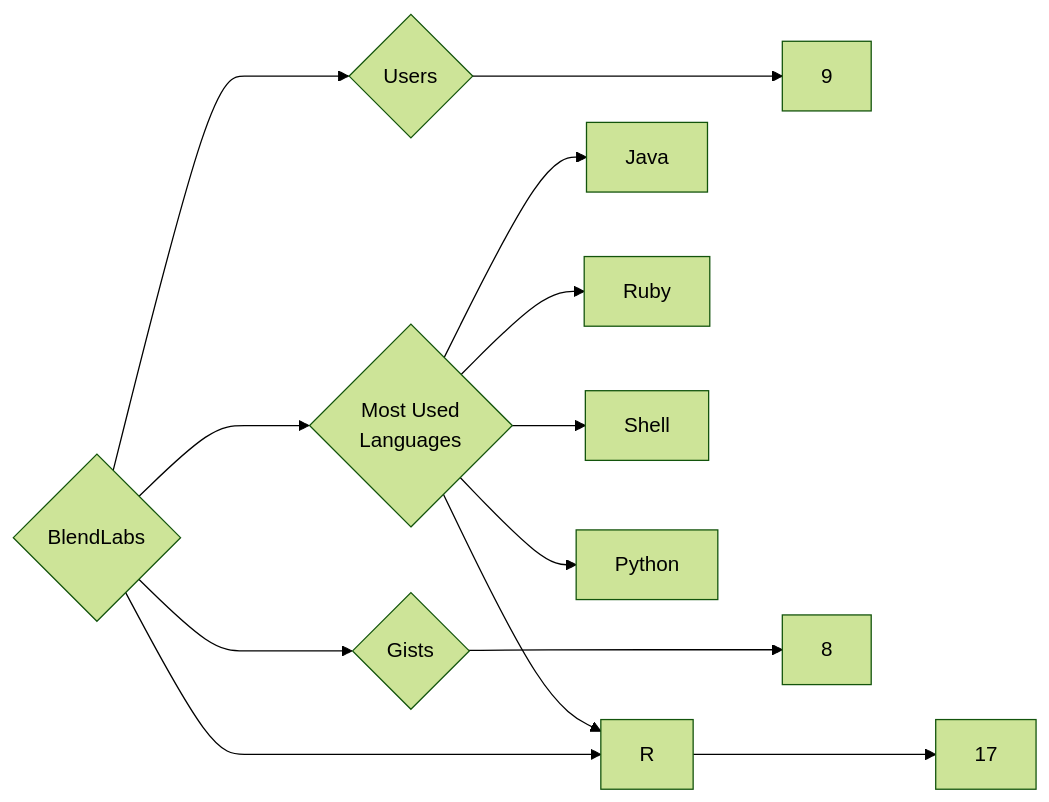
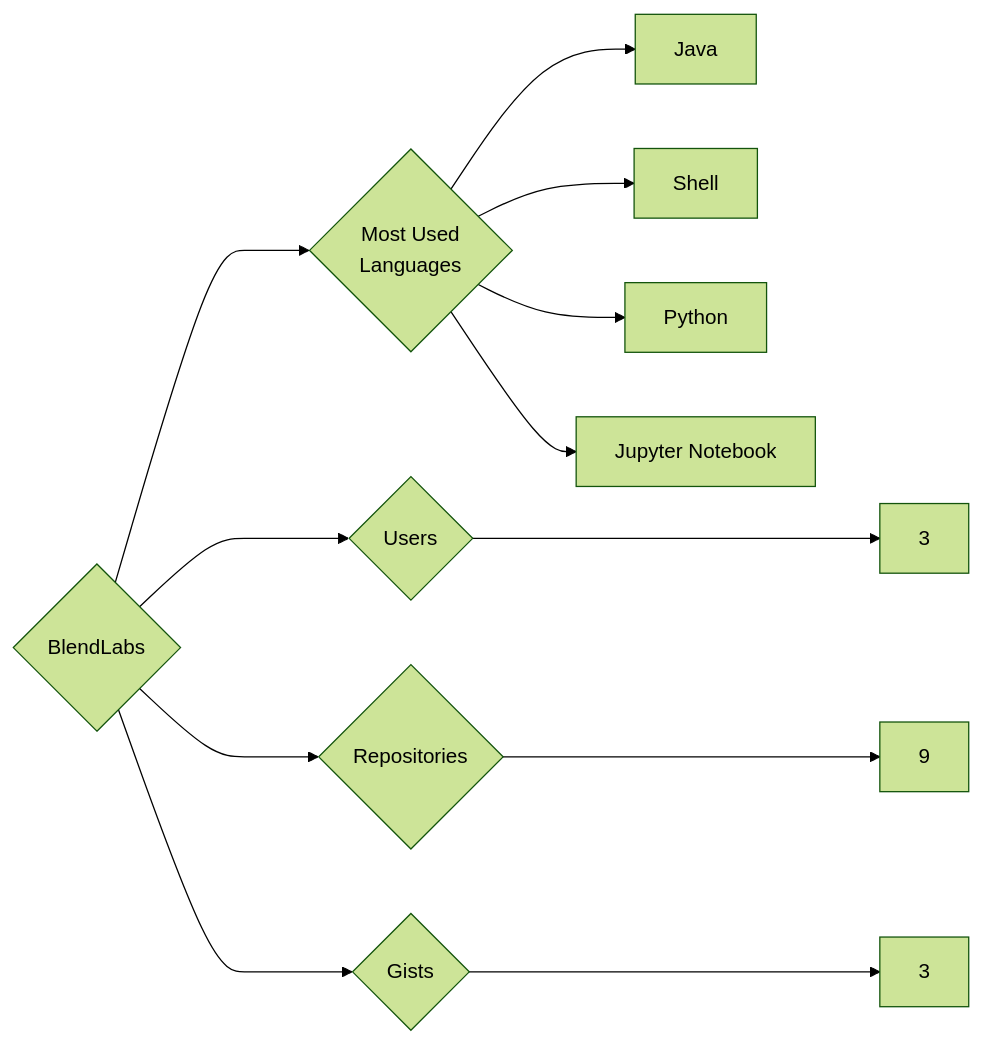
One commit to trickest/insiders changed the diagram in targets/BlendLabs/README.md. Above: the diagram before and after it, drawn with Mermaid (forest theme). The commit also changed 1148 other files, not shown here.

````diff
--- a/targets/BlendLabs/README.md
+++ b/targets/BlendLabs/README.md
@@ -3,13 +3,12 @@
 ```mermaid
 graph LR
 COMPANY_NAME{BlendLabs}
-COMPANY_NAME ---> U{Users} ---> UN[9]
-COMPANY_NAME ---> R{Repositories} ---> RN[17]
-COMPANY_NAME ---> G{Gists} ---> GN[8]
+COMPANY_NAME ---> U{Users} ---> UN[3]
+COMPANY_NAME ---> R{Repositories} ---> RN[9]
+COMPANY_NAME ---> G{Gists} ---> GN[3]
 COMPANY_NAME ---> ML{Most Used<br>Languages}
 ML --> Java[Java]
-ML --> Ruby[Ruby]
 ML --> Shell[Shell]
-ML --> R[R]
 ML --> Python[Python]
+ML --> Jupyter_Notebook[Jupyter Notebook]
 ```
````
